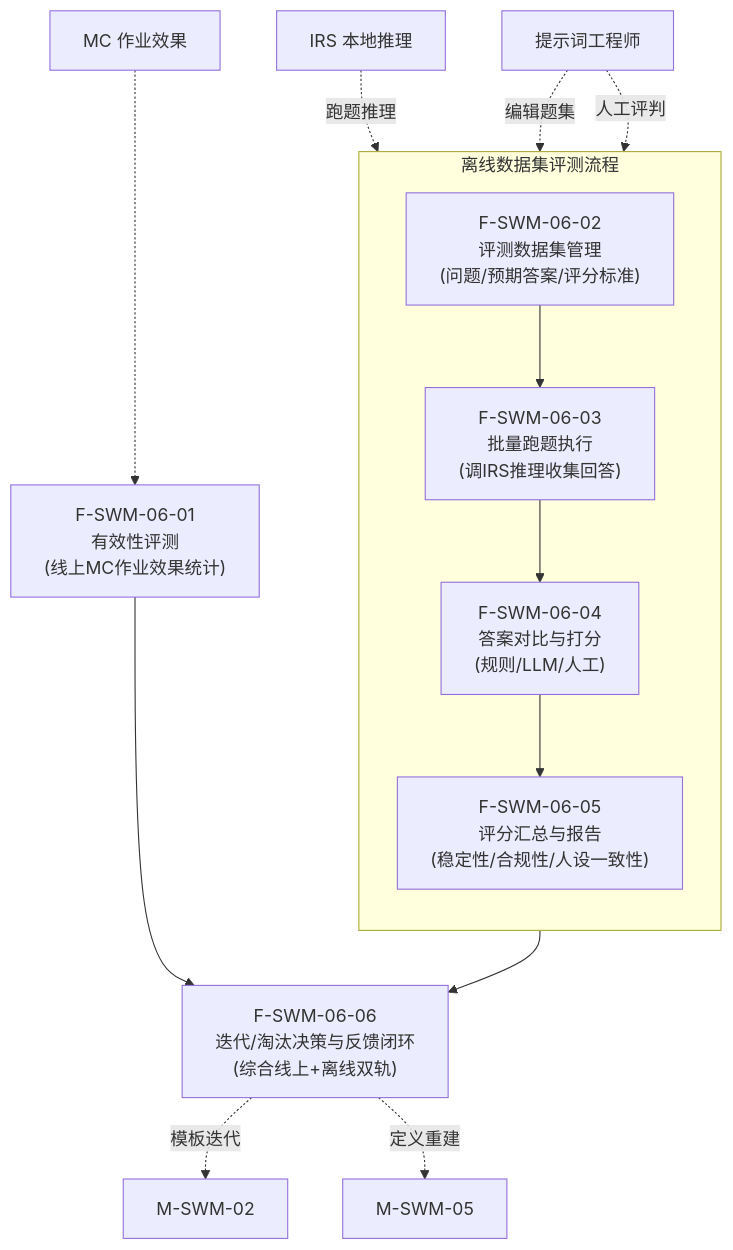
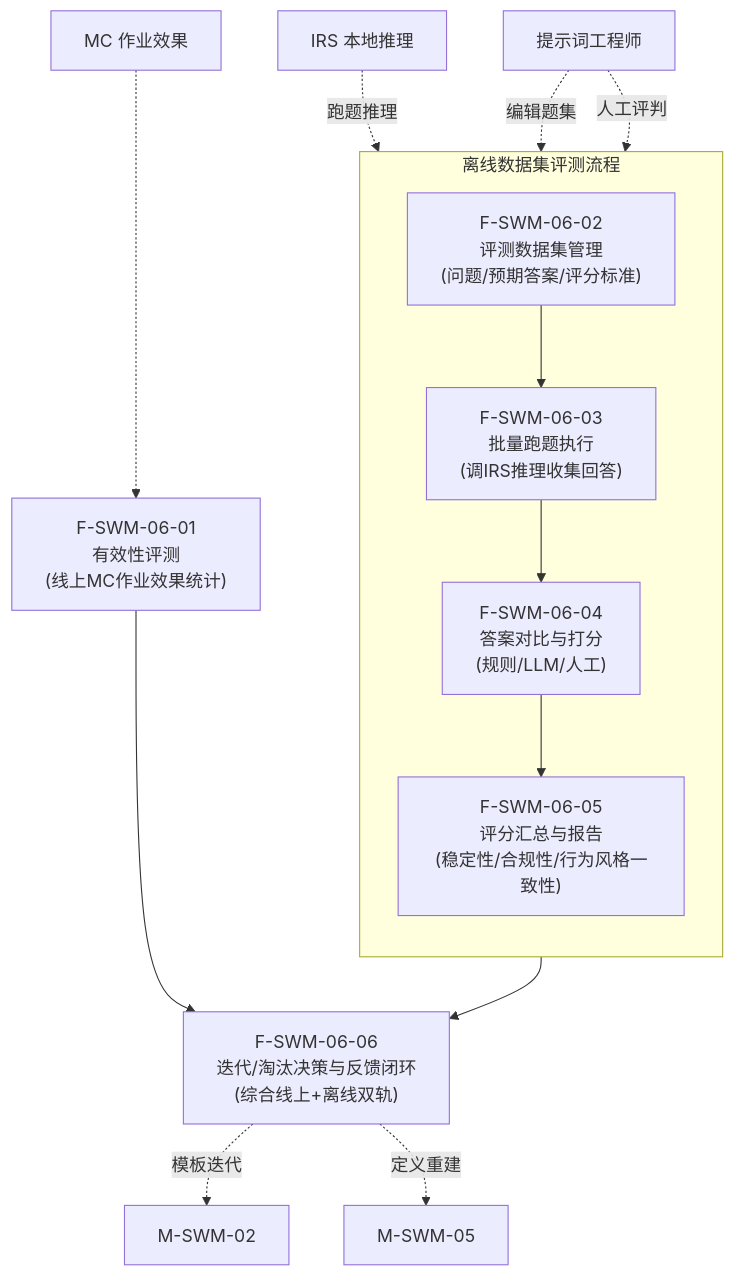
One commit to Sj-g/obsidian changed diagram 27 of 49 in 公司项目/认知作战/文档/软件概要设计-架构图.md. Above: the diagram before and after it, drawn with Mermaid. The commit also changed other lines of this file and 9 other files, not shown here.

````diff
--- a/公司项目/认知作战/文档/软件概要设计-架构图.md
+++ b/公司项目/认知作战/文档/软件概要设计-架构图.md
@@ -529,24 +527,24 @@
 ```mermaid
 flowchart TB
     F0601["F-SWM-06-01<br/>有效性评测<br/>(线上MC作业效果统计)"]
 
     subgraph OFFLINE["离线数据集评测流程"]
         direction TB
         F0602["F-SWM-06-02<br/>评测数据集管理<br/>(问题/预期答案/评分标准)"]
         F0603["F-SWM-06-03<br/>批量跑题执行<br/>(调IRS推理收集回答)"]
         F0604["F-SWM-06-04<br/>答案对比与打分<br/>(规则/LLM/人工)"]
-        F0605["F-SWM-06-05<br/>评分汇总与报告<br/>(稳定性/合规性/人设一致性)"]
+        F0605["F-SWM-06-05<br/>评分汇总与报告<br/>(稳定性/合规性/行为风格一致性)"]
         F0602 --> F0603 --> F0604 --> F0605
     end
 
     F0606["F-SWM-06-06<br/>迭代/淘汰决策与反馈闭环<br/>(综合线上+离线双轨)"]
 
     F0601 --> F0606
     F0605 --> F0606
     F0606 -.->|"模板迭代"| EXT["M-SWM-02"]
     F0606 -.->|"定义重建"| EXT2["M-SWM-05"]
     MC1["MC 作业效果"] -.-> F0601
     IRS["IRS 本地推理"] -.->|"跑题推理"| F0603
     ENG["提示词工程师"] -.->|"编辑题集"| F0602
     ENG -.->|"人工评判"| F0604
 ```
````
